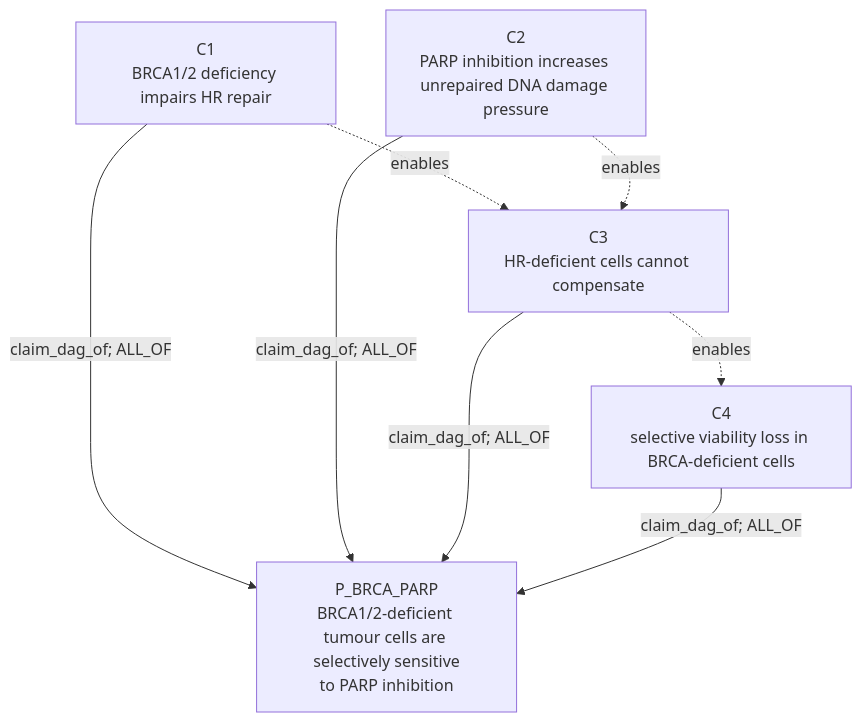
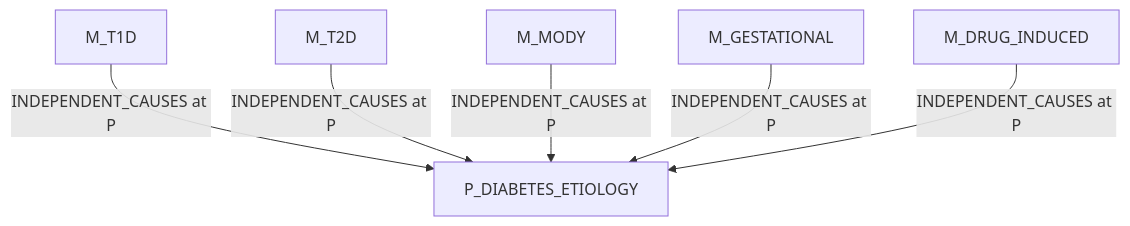
One commit to eliannaqk/bioKG changed the seventh of 7 diagrams in CLAIM_OBJECT_MECHANISM_DAG_EXAMPLES.md. Above: the diagram before and after it, drawn with Mermaid. The commit also changed other lines of this file and 9 other files, not shown here.

Commit message:
Define claim decomposition DAG architecture

````diff
--- a/CLAIM_OBJECT_MECHANISM_DAG_EXAMPLES.md
+++ b/CLAIM_OBJECT_MECHANISM_DAG_EXAMPLES.md
@@ -474,16 +363,15 @@
 ```mermaid
 flowchart TD
-  P["P_BRCA_PARP\nBRCA1/2-deficient tumour cells are selectively sensitive\nto PARP inhibition"]
-  C1["C1\nBRCA1/2 deficiency impairs HR repair"]
-  C2["C2\nPARP inhibition increases unrepaired DNA damage pressure"]
-  C3["C3\nHR-deficient cells cannot compensate"]
-  C4["C4\nselective viability loss in BRCA-deficient cells"]
+  P["P_DIABETES_ETIOLOGY"]
+  A["M_T1D"]
+  B["M_T2D"]
+  C["M_MODY"]
+  D["M_GESTATIONAL"]
+  E["M_DRUG_INDUCED"]
 
-  C1 -- "claim_dag_of; ALL_OF" --> P
-  C2 -- "claim_dag_of; ALL_OF" --> P
-  C3 -- "claim_dag_of; ALL_OF" --> P
-  C4 -- "claim_dag_of; ALL_OF" --> P
-  C1 -. "enables" .-> C3
-  C2 -. "enables" .-> C3
-  C3 -. "enables" .-> C4
+  A -- "INDEPENDENT_CAUSES at P" --> P
+  B -- "INDEPENDENT_CAUSES at P" --> P
+  C -- "INDEPENDENT_CAUSES at P" --> P
+  D -- "INDEPENDENT_CAUSES at P" --> P
+  E -- "INDEPENDENT_CAUSES at P" --> P
 ```
````
